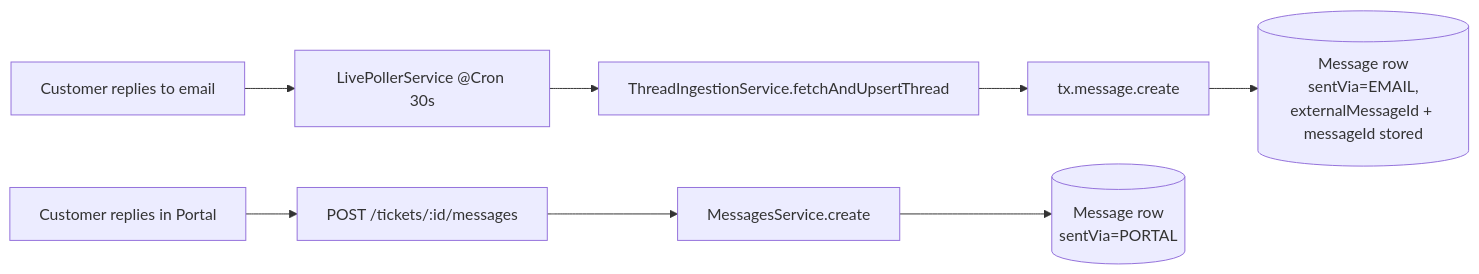
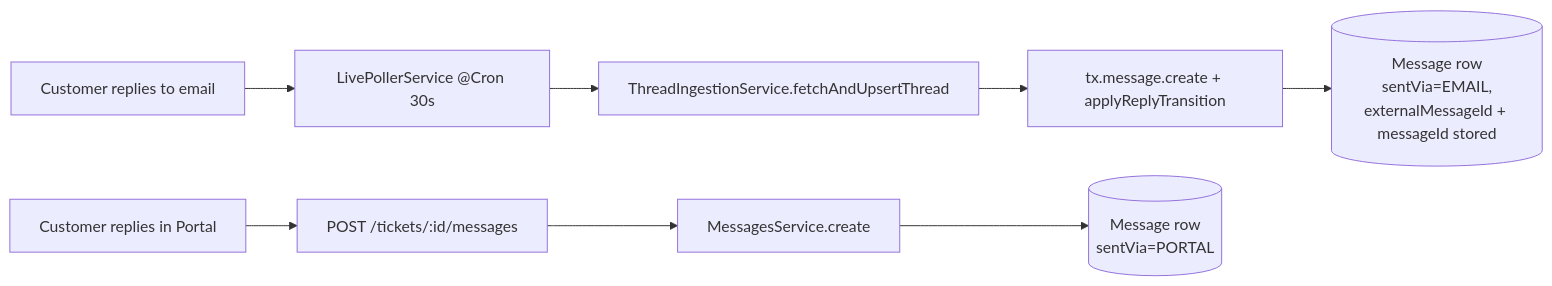
The second of 2 diagrams in docs/atlas/messages.md (Vignesh-Siva96/tmr_athena), drawn with Mermaid before and after one commit. The commit also changed other lines of this file and 210 other files, not shown here.

````diff
--- a/docs/atlas/messages.md
+++ b/docs/atlas/messages.md
@@ -81,12 +92,12 @@
 ```mermaid
 flowchart LR
   CustomerPortal[Customer replies in Portal] --> POST[POST /tickets/:id/messages]
   CustomerEmail[Customer replies to email] --> Cron[LivePollerService @Cron 30s]
   Cron --> Ingest[ThreadIngestionService.fetchAndUpsertThread]
 
   POST --> MS[MessagesService.create]
-  Ingest --> Direct[tx.message.create]
+  Ingest --> Direct[tx.message.create + applyReplyTransition]
 
   MS --> Same[(Message row<br/>sentVia=PORTAL)]
   Direct --> Same2[(Message row<br/>sentVia=EMAIL,<br/>externalMessageId + messageId stored)]
 ```
````
